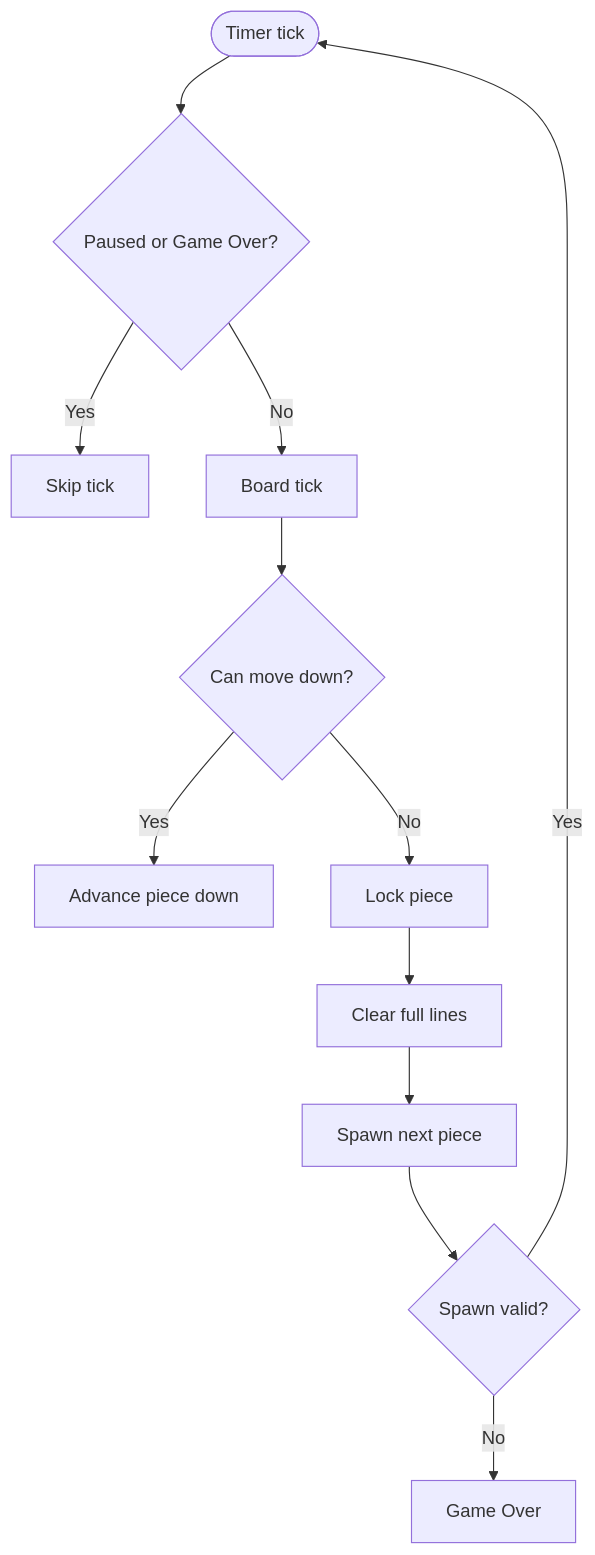
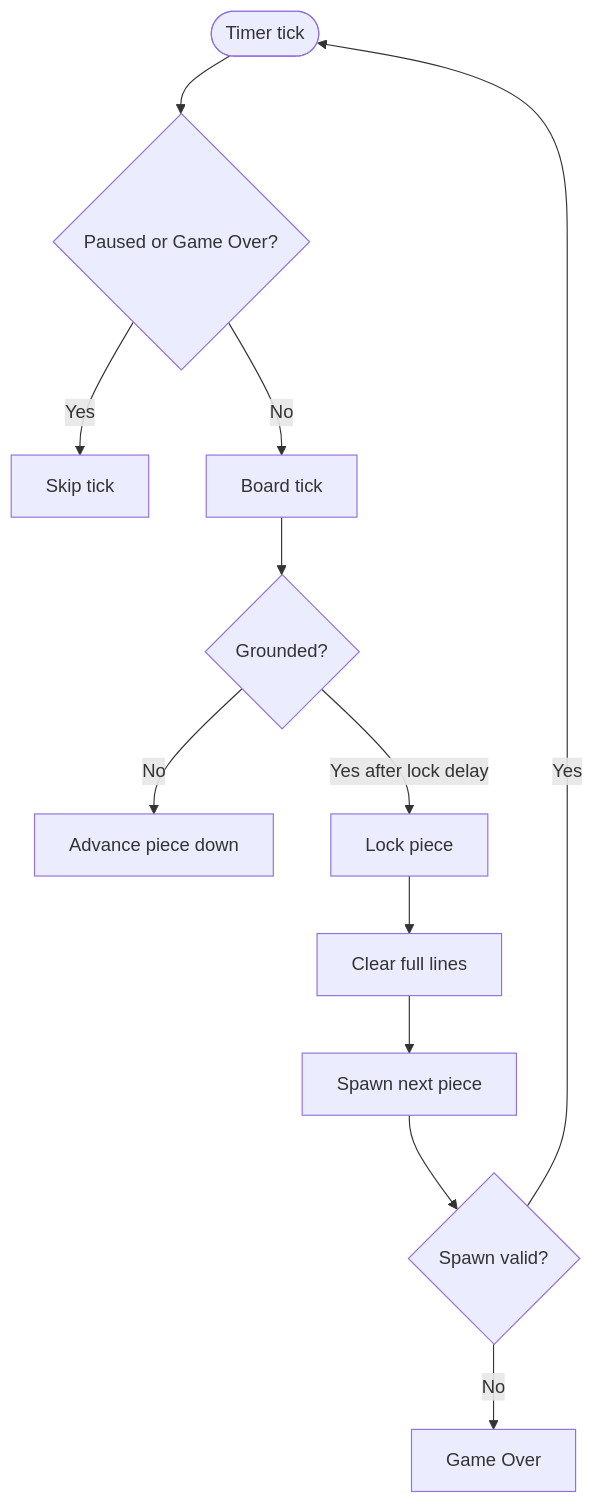
One commit to sleetdrop/jtetris changed the diagram in doc/algorithms.md. Above: the diagram before and after it, drawn with Mermaid. The commit also changed other lines of this file and 24 other files, not shown here.

````diff
--- a/doc/algorithms.md
+++ b/doc/algorithms.md
@@ -89,14 +92,14 @@
 ```mermaid
 flowchart TD
     A([Timer tick]) --> B{Paused or Game Over?}
     B -->|Yes| C[Skip tick]
     B -->|No| D[Board tick]
-    D --> E{Can move down?}
-    E -->|Yes| F[Advance piece down]
-    E -->|No| G[Lock piece]
+    D --> E{Grounded?}
+    E -->|No| F[Advance piece down]
+    E -->|Yes after lock delay| G[Lock piece]
     G --> H[Clear full lines]
     H --> I[Spawn next piece]
     I --> J{Spawn valid?}
     J -->|No| K[Game Over]
     J -->|Yes| A
 ```
````
